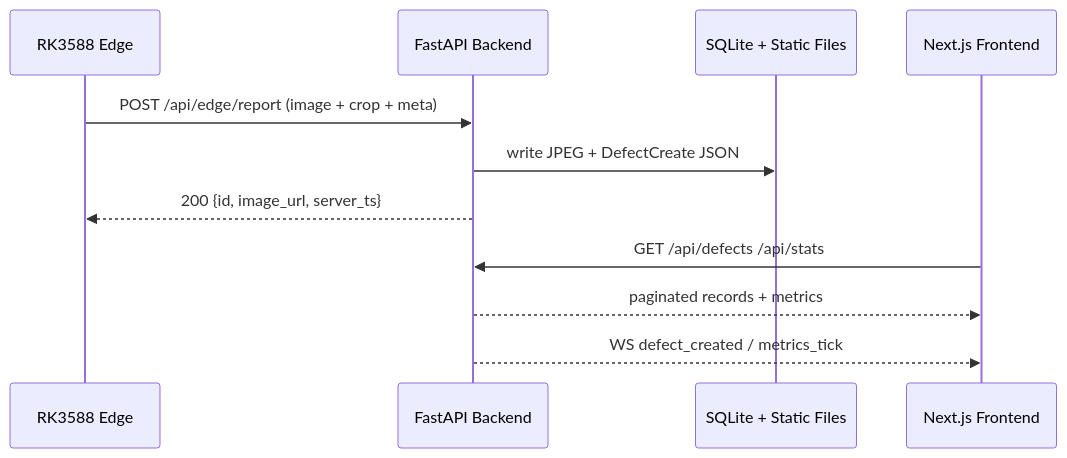
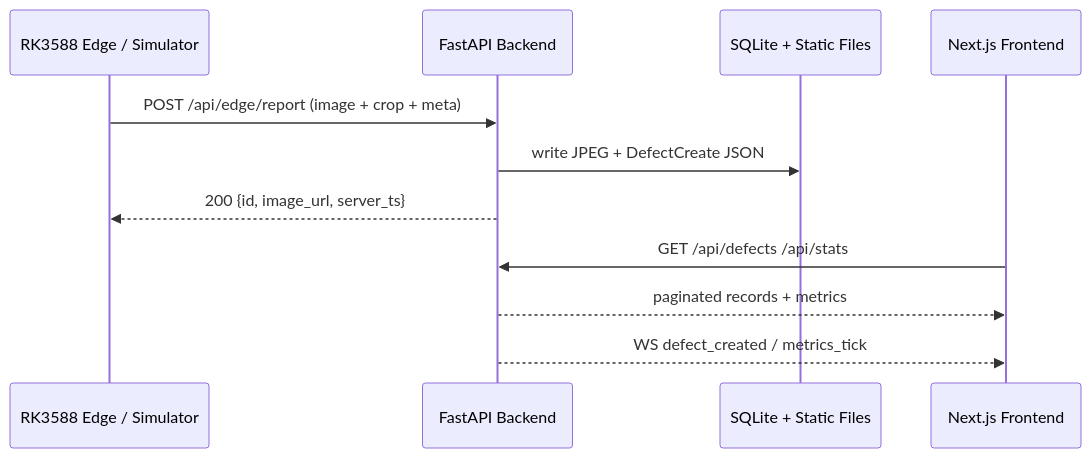
Before and after one commit to 2549227674/vlm-sam-industrial-vision-v2: the second of 4 diagrams in docs/reports/edge_deployment_summary.md, drawn with Mermaid. The commit also changed other lines of this file and 1 other file, not shown here.

First line of the commit message:
docs: embed all 9 figures into ARCHITECTURE.md and edge_deployment_summary.md

````diff
--- a/docs/reports/edge_deployment_summary.md
+++ b/docs/reports/edge_deployment_summary.md
@@ -87,14 +94,14 @@
 ```mermaid
 sequenceDiagram
-  participant E as RK3588 Edge
+  participant E as RK3588 Edge / Simulator
   participant B as FastAPI Backend
   participant D as SQLite + Static Files
   participant F as Next.js Frontend
 
   E->>B: POST /api/edge/report (image + crop + meta)
   B->>D: write JPEG + DefectCreate JSON
   B-->>E: 200 {id, image_url, server_ts}
   F->>B: GET /api/defects /api/stats
   B-->>F: paginated records + metrics
   B-->>F: WS defect_created / metrics_tick
 ```
````
